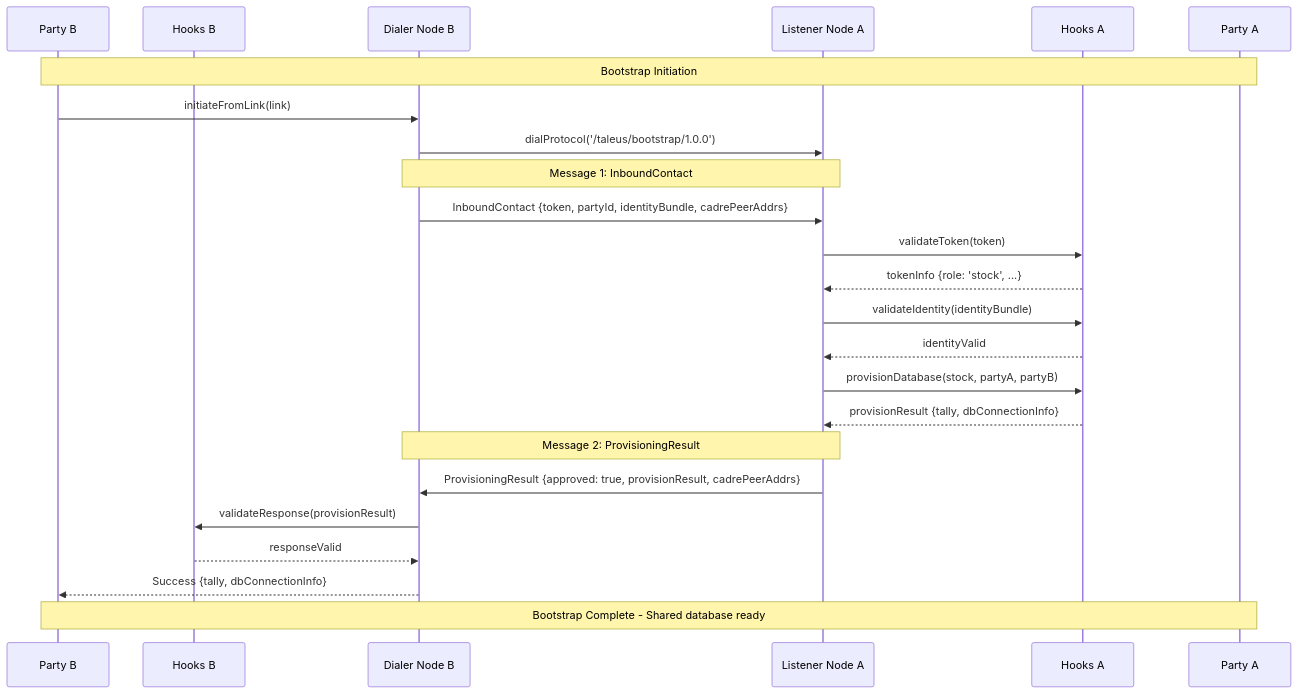
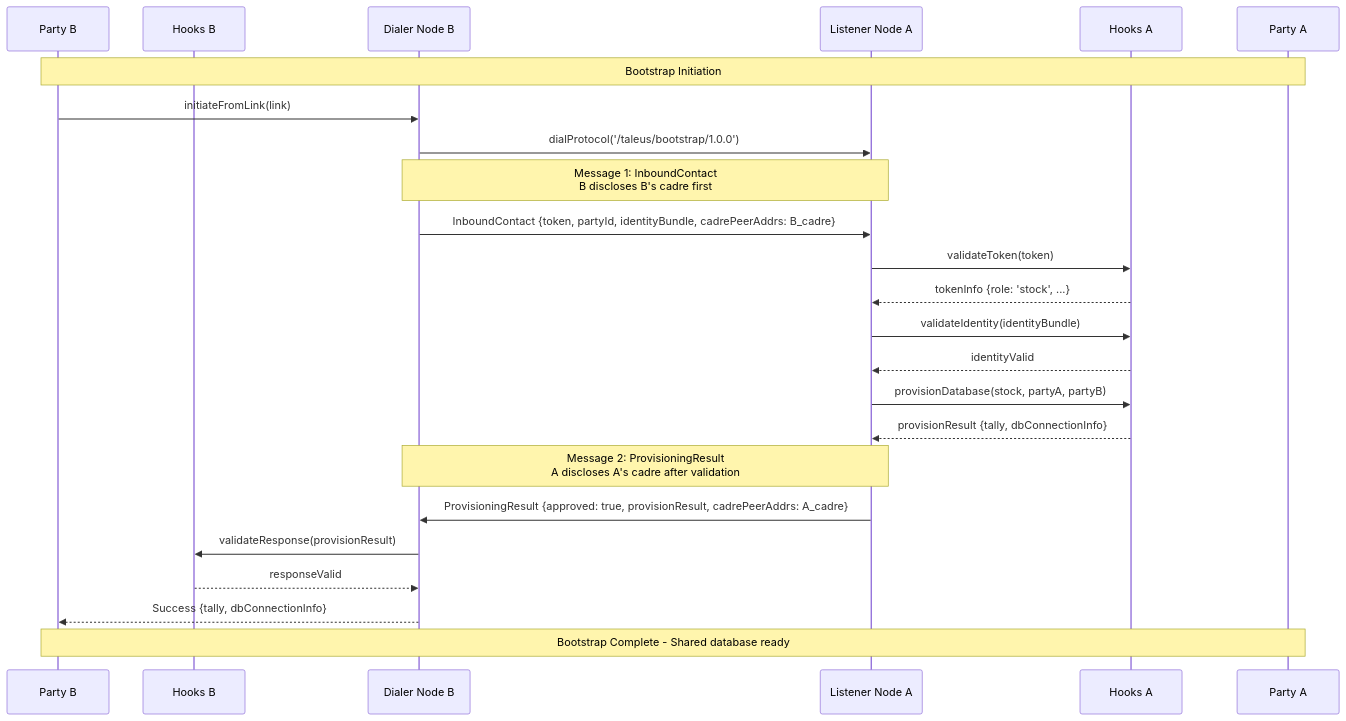
Before and after one commit to gotchoices/taleus: the third of 5 diagrams in doc/bootstrap.md, drawn with Mermaid. The commit also changed other lines of this file and 3 other files, not shown here.

Commit message:
Clarify cadre revelation in diagrams

````diff
--- a/doc/bootstrap.md
+++ b/doc/bootstrap.md
@@ -93,33 +93,33 @@
 ```mermaid
 sequenceDiagram
     participant B as Party B
     participant HooksB as Hooks B
     participant NodeB as Dialer Node B
     participant NodeA as Listener Node A
     participant HooksA as Hooks A
     participant A as Party A
     
     Note over B,A: Bootstrap Initiation
     
     B->>NodeB: initiateFromLink(link)
     NodeB->>NodeA: dialProtocol('/taleus/bootstrap/1.0.0')
     
-    Note over NodeB,NodeA: Message 1: InboundContact
+    Note over NodeB,NodeA: Message 1: InboundContact<br/>B discloses B's cadre first
     
-    NodeB->>NodeA: InboundContact {token, partyId, identityBundle, cadrePeerAddrs}
+    NodeB->>NodeA: InboundContact {token, partyId, identityBundle, cadrePeerAddrs: B_cadre}
     NodeA->>HooksA: validateToken(token)
     HooksA-->>NodeA: tokenInfo {role: 'stock', ...}
     NodeA->>HooksA: validateIdentity(identityBundle)
     HooksA-->>NodeA: identityValid
     NodeA->>HooksA: provisionDatabase(stock, partyA, partyB)
     HooksA-->>NodeA: provisionResult {tally, dbConnectionInfo}
     
-    Note over NodeB,NodeA: Message 2: ProvisioningResult
+    Note over NodeB,NodeA: Message 2: ProvisioningResult<br/>A discloses A's cadre after validation
     
-    NodeA->>NodeB: ProvisioningResult {approved: true, provisionResult, cadrePeerAddrs}
+    NodeA->>NodeB: ProvisioningResult {approved: true, provisionResult, cadrePeerAddrs: A_cadre}
     NodeB->>HooksB: validateResponse(provisionResult)
     HooksB-->>NodeB: responseValid
     NodeB-->>B: Success {tally, dbConnectionInfo}
     
     Note over B,A: Bootstrap Complete - Shared database ready
 ```
````
